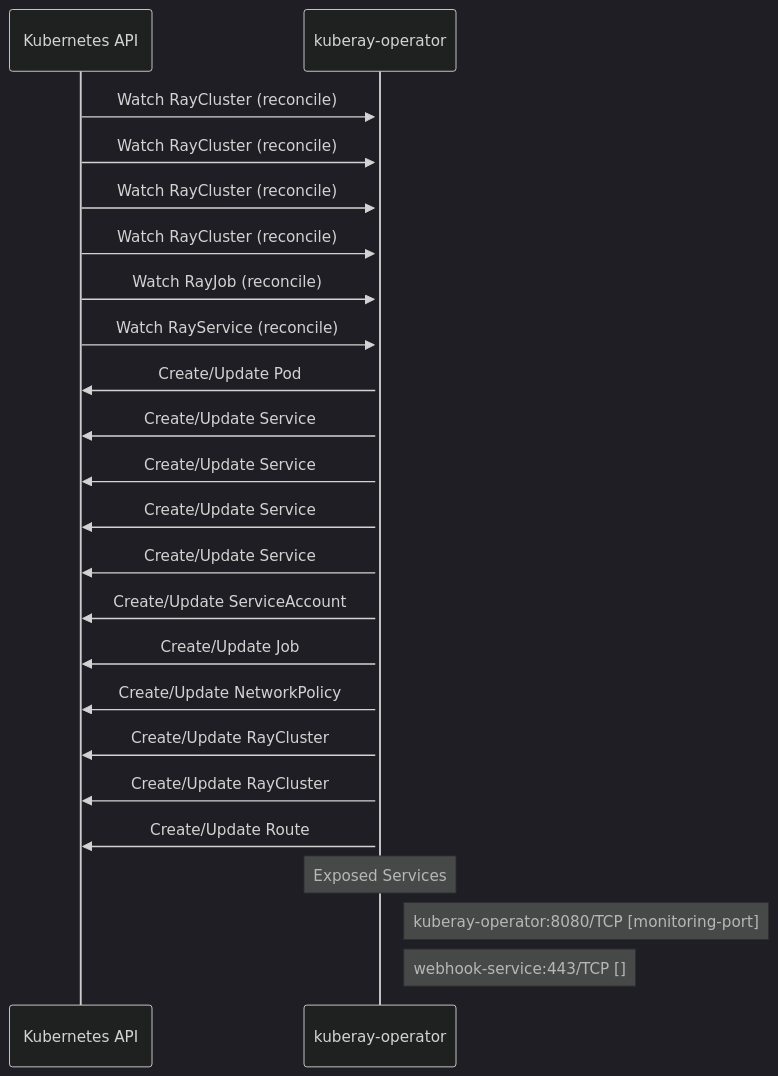
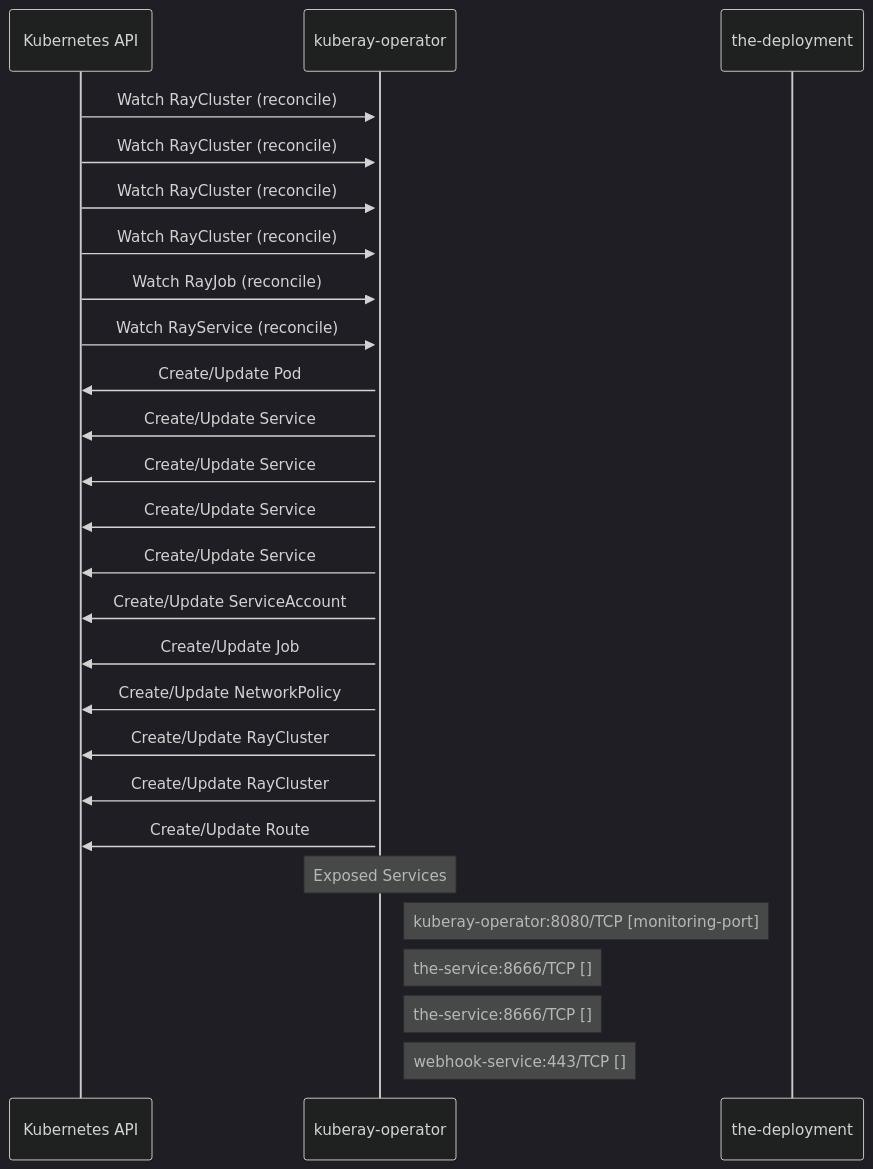
Before and after one commit to ugiordan/rhoai-architecture-analyzer: the diagram in site/docs/use-cases/rhoai-platform/components/kuberay/dataflow.md, drawn with Mermaid (dark theme). The commit also changed other lines of this file and 402 other files, not shown here.

````diff
--- a/site/docs/use-cases/rhoai-platform/components/kuberay/dataflow.md
+++ b/site/docs/use-cases/rhoai-platform/components/kuberay/dataflow.md
@@ -31,29 +31,32 @@
 ```mermaid
 sequenceDiagram
     %% Static dataflow for kuberay
 
     participant KubernetesAPI as Kubernetes API
     participant kuberay_operator as kuberay-operator
+    participant the_deployment as the-deployment
 
     KubernetesAPI->>+kuberay_operator: Watch RayCluster (reconcile)
     KubernetesAPI->>+kuberay_operator: Watch RayCluster (reconcile)
     KubernetesAPI->>+kuberay_operator: Watch RayCluster (reconcile)
     KubernetesAPI->>+kuberay_operator: Watch RayCluster (reconcile)
     KubernetesAPI->>+kuberay_operator: Watch RayJob (reconcile)
     KubernetesAPI->>+kuberay_operator: Watch RayService (reconcile)
     kuberay_operator->>KubernetesAPI: Create/Update Pod
     kuberay_operator->>KubernetesAPI: Create/Update Service
     kuberay_operator->>KubernetesAPI: Create/Update Service
     kuberay_operator->>KubernetesAPI: Create/Update Service
     kuberay_operator->>KubernetesAPI: Create/Update Service
     kuberay_operator->>KubernetesAPI: Create/Update ServiceAccount
     kuberay_operator->>KubernetesAPI: Create/Update Job
     kuberay_operator->>KubernetesAPI: Create/Update NetworkPolicy
     kuberay_operator->>KubernetesAPI: Create/Update RayCluster
     kuberay_operator->>KubernetesAPI: Create/Update RayCluster
     kuberay_operator->>KubernetesAPI: Create/Update Route
 
     Note over kuberay_operator: Exposed Services
     Note right of kuberay_operator: kuberay-operator:8080/TCP [monitoring-port]
+    Note right of kuberay_operator: the-service:8666/TCP []
+    Note right of kuberay_operator: the-service:8666/TCP []
     Note right of kuberay_operator: webhook-service:443/TCP []
 ```
````
